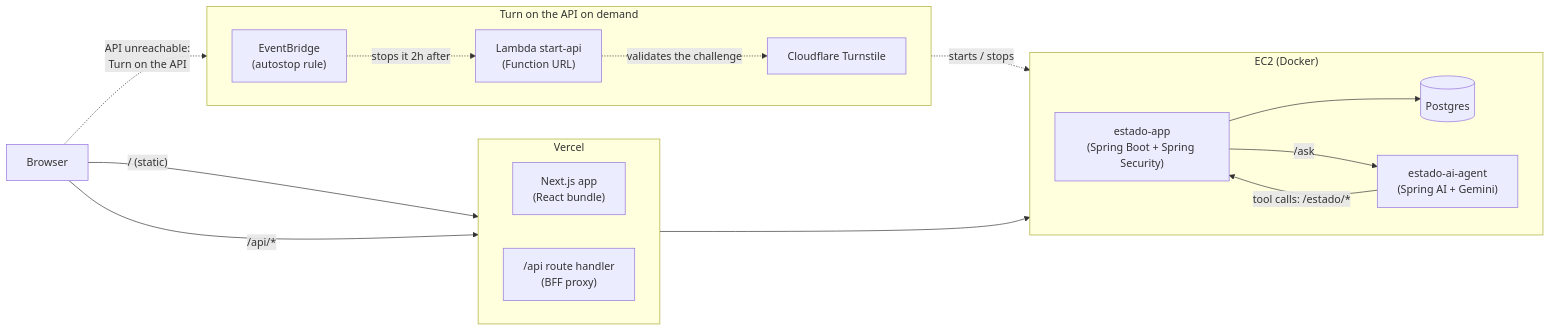
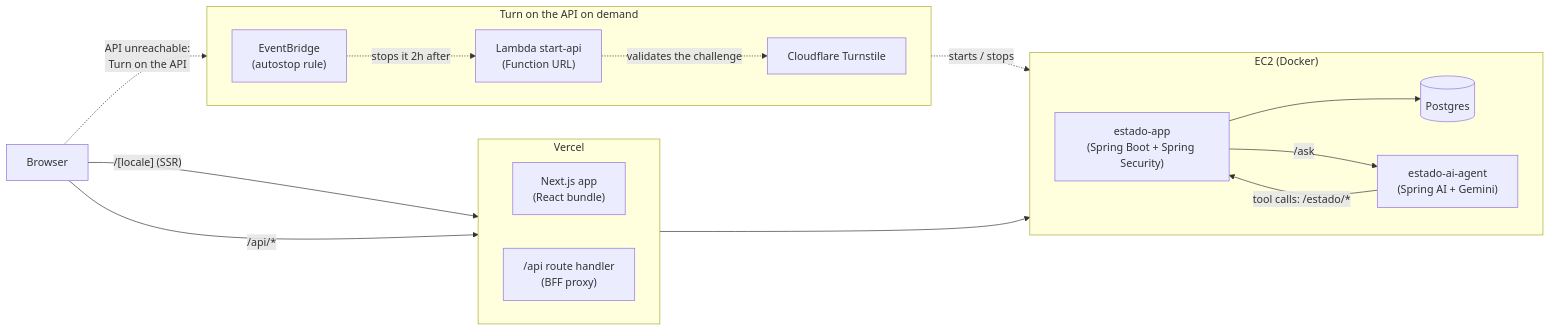
The diagram in README.md (ronybrand/react_state), drawn with Mermaid before and after one commit. The commit also changed other lines of this file and 67 other files, not shown here.

````diff
--- a/README.md
+++ b/README.md
@@ -20,36 +20,36 @@
 ```mermaid
 flowchart LR
     Browser["Browser"]
 
     subgraph Vercel["Vercel"]
         direction LR
         Static["Next.js app\n(React bundle)"]
         Rewrite["/api route handler\n(BFF proxy)"]
     end
 
     subgraph EC2["EC2 (Docker)"]
         direction LR
         App["estado-app\n(Spring Boot + Spring Security)"]
         DB[("Postgres")]
         Agent["estado-ai-agent\n(Spring AI + Gemini)"]
     end
 
 
     subgraph OnDemand["Turn on the API on demand"]
         direction LR
         Lambda["Lambda start-api\n(Function URL)"]
         Turnstile["Cloudflare Turnstile"]
         Autostop["EventBridge\n(autostop rule)"]
     end
 
-    Browser -- "/ (static)" --> Static
+    Browser -- "/[locale] (SSR)" --> Static
     Browser -- "/api/*" --> Rewrite
     Rewrite --> App
     App --> DB
     App -- "/ask" --> Agent
     Agent -- "tool calls: /estado/*" --> App
     Browser -. "API unreachable:\nTurn on the API" .-> Lambda
     Lambda -. "validates the challenge" .-> Turnstile
     Lambda -. "starts / stops" .-> EC2
     Autostop -. "stops it 2h after" .-> Lambda
 ```
````
